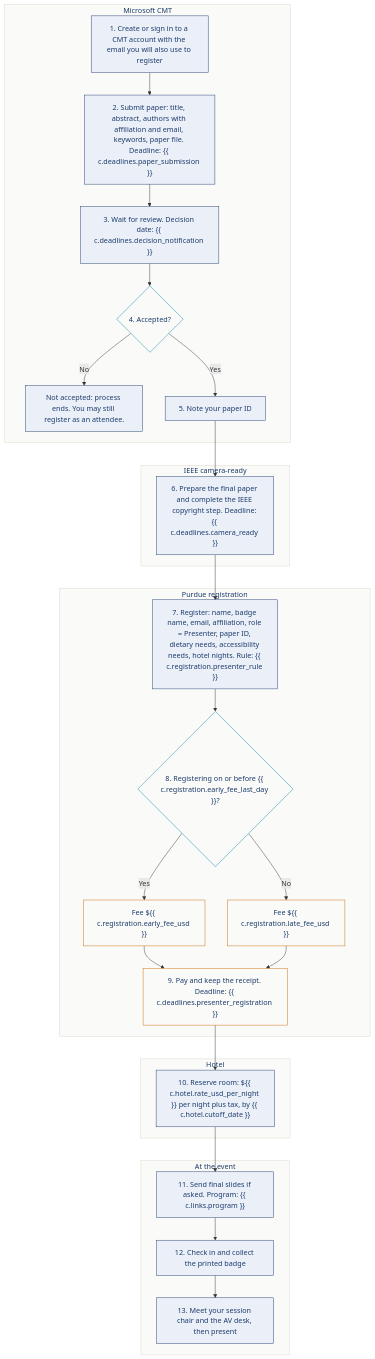
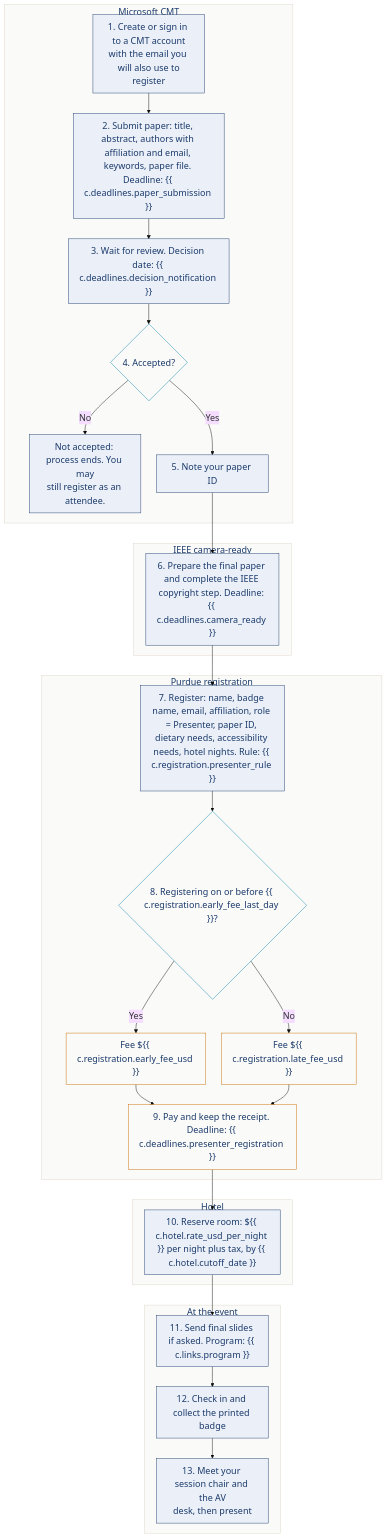
Before and after one commit to serg696f/computational-imaging.github.io: the diagram in workflows/presenter.md, drawn with Mermaid. The commit also changed other lines of this file and 2 other files, not shown here.

Commit message:
fixing font size and colors

````diff
--- a/workflows/presenter.md
+++ b/workflows/presenter.md
@@ -15,46 +22,47 @@
 ```mermaid
+%%{init: {"theme":"base","themeVariables":{"fontSize":"20px","fontFamily":"Space Grotesk, sans-serif"},"flowchart":{"useMaxWidth":false,"nodeSpacing":35,"rankSpacing":45,"padding":12}}}%%
 flowchart TD
   subgraph CMT["Microsoft CMT"]
-    P1["1. Create or sign in to a CMT account with the email you will also use to register"]
+    P1["1. Create or sign in to a CMT account<br/>with the email you will also use to<br/>register"]
     P2["2. Submit paper: title, abstract, authors with affiliation and email, keywords, paper file. Deadline: {{ c.deadlines.paper_submission }}"]
     P3["3. Wait for review. Decision date: {{ c.deadlines.decision_notification }}"]
     D1{"4. Accepted?"}
-    P4["Not accepted: process ends. You may still register as an attendee."]
+    P4["Not accepted: process ends. You may<br/>still register as an attendee."]
     P5["5. Note your paper ID"]
   end
   subgraph IEEE["IEEE camera-ready"]
     P6["6. Prepare the final paper and complete the IEEE copyright step. Deadline: {{ c.deadlines.camera_ready }}"]
   end
   subgraph REG["Purdue registration"]
     P7["7. Register: name, badge name, email, affiliation, role = Presenter, paper ID, dietary needs, accessibility needs, hotel nights. Rule: {{ c.registration.presenter_rule }}"]
     D2{"8. Registering on or before {{ c.registration.early_fee_last_day }}?"}
     F1["Fee ${{ c.registration.early_fee_usd }}"]
     F2["Fee ${{ c.registration.late_fee_usd }}"]
     P8["9. Pay and keep the receipt. Deadline: {{ c.deadlines.presenter_registration }}"]
   end
   subgraph HOTEL["Hotel"]
     P9["10. Reserve room: ${{ c.hotel.rate_usd_per_night }} per night plus tax, by {{ c.hotel.cutoff_date }}"]
   end
   subgraph EVENT["At the event"]
     P10["11. Send final slides if asked. Program: {{ c.links.program }}"]
-    P11["13. Meet your session chair and the AV desk, then present"]
+    P11["13. Meet your session chair and the AV<br/>desk, then present"]
     P12["12. Check in and collect the printed badge"]
   end
   P1 --> P2 --> P3 --> D1
   D1 -- No --> P4
   D1 -- Yes --> P5 --> P6 --> P7 --> D2
   D2 -- Yes --> F1 --> P8
   D2 -- No --> F2 --> P8
   P8 --> P9 --> P10 --> P12 --> P11
   style CMT fill:#FAFAF8,stroke:#DDD6C8,color:#1B3A6B
   style IEEE fill:#FAFAF8,stroke:#DDD6C8,color:#1B3A6B
   style REG fill:#FAFAF8,stroke:#DDD6C8,color:#1B3A6B
   style HOTEL fill:#FAFAF8,stroke:#DDD6C8,color:#1B3A6B
   style EVENT fill:#FAFAF8,stroke:#DDD6C8,color:#1B3A6B
   classDef step fill:#EBF0F8,stroke:#1B3A6B,color:#1B3A6B;
   classDef pay fill:#FAFAF8,stroke:#C96A00,color:#1B3A6B;
   classDef gate fill:#FAFAF8,stroke:#007EA8,color:#1B3A6B;
   class P1,P2,P3,P4,P5,P6,P7,P9,P10,P11,P12 step;
   class F1,F2,P8 pay;
   class D1,D2 gate;
 ```
````
